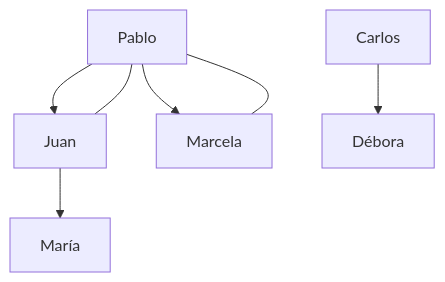
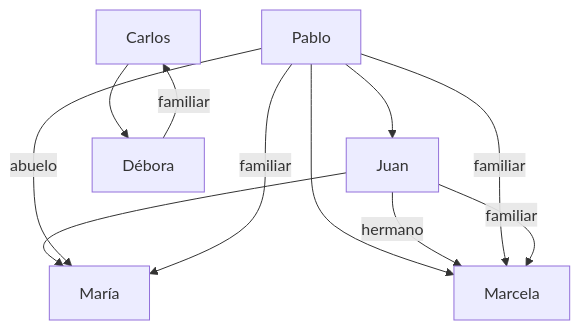
One commit to tectijuana/logifun changed the diagram in prolog/assignment/00/readme.md. Above: the diagram before and after it, drawn with Mermaid. The commit also changed other lines of this file, not shown here.

````diff
--- a/prolog/assignment/00/readme.md
+++ b/prolog/assignment/00/readme.md
@@ -135,12 +135,22 @@
 ```mermaid
 graph TD;
-    %% Definición de las relaciones de padre
+
+    %% Relaciones de padre e hijo
     Pablo --> Juan;
     Pablo --> Marcela;
     Juan --> María;
     Carlos --> Débora;
+
+    %% Relaciones de abuelo
+    Pablo -- abuelo --> María; 
     
-    %% Definición de las relaciones de hermanos
-    Pablo --- Juan;
-    Pablo --- Marcela;
+    %% Relaciones de hermanos
+    Juan -- hermano --> Marcela;
+
+    %% Relaciones familiares (padre/hijo, abuelo, hermano)
+    Pablo -- familiar --> María;
+    Pablo -- familiar --> Marcela;
+    Juan -- familiar --> Marcela;  
+    Débora -- familiar --> Carlos; 
+
 ```
````
